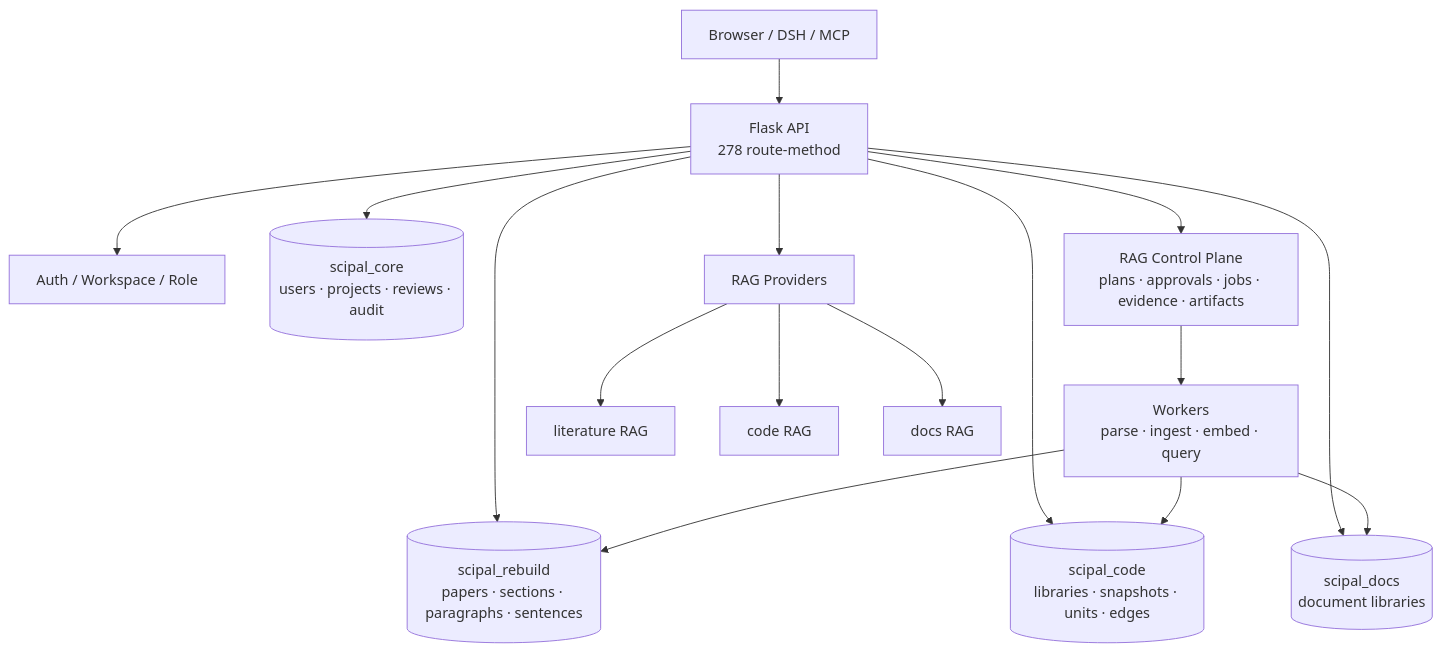
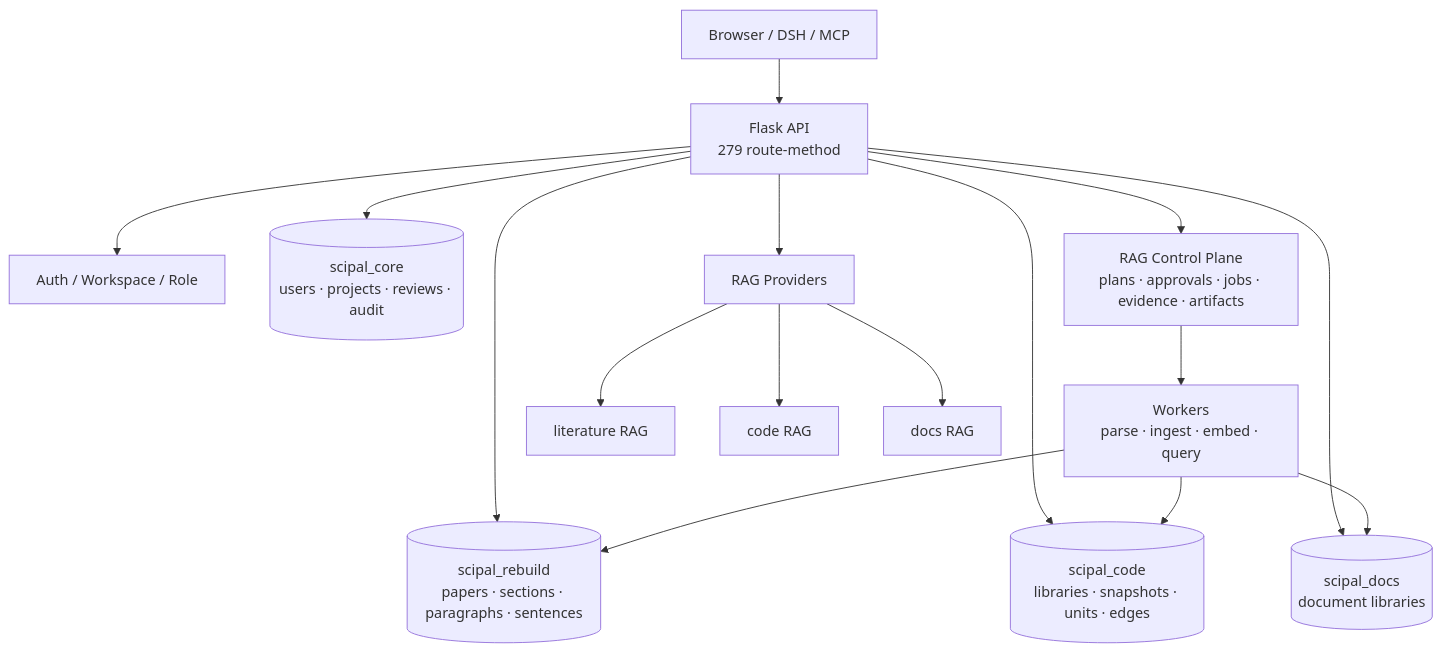
One commit to williamchen520/sci-pal changed the first of 2 diagrams in README.md. Above: the diagram before and after it, drawn with Mermaid. The commit also changed other lines of this file and 12 other files, not shown here.

````diff
--- a/README.md
+++ b/README.md
@@ -77,20 +77,20 @@
 ```mermaid
 flowchart TB
-    U["Browser / DSH / MCP"] --> API["Flask API<br/>278 route-method"]
+    U["Browser / DSH / MCP"] --> API["Flask API<br/>279 route-method"]
     API --> AUTH["Auth / Workspace / Role"]
     API --> CORE[("scipal_core<br/>users · projects · reviews · audit")]
     API --> CORPUS[("scipal_rebuild<br/>papers · sections · paragraphs · sentences")]
     API --> CODE[("scipal_code<br/>libraries · snapshots · units · edges")]
     API --> DOCS[("scipal_docs<br/>document libraries")]
 
     API --> CP["RAG Control Plane<br/>plans · approvals · jobs · evidence · artifacts"]
     CP --> WORKER["Workers<br/>parse · ingest · embed · query"]
     WORKER --> CORPUS
     WORKER --> CODE
     WORKER --> DOCS
 
     API --> PROV["RAG Providers"]
     PROV --> LIT["literature RAG"]
     PROV --> CRAG["code RAG"]
     PROV --> DRAG["docs RAG"]
 ```
````
